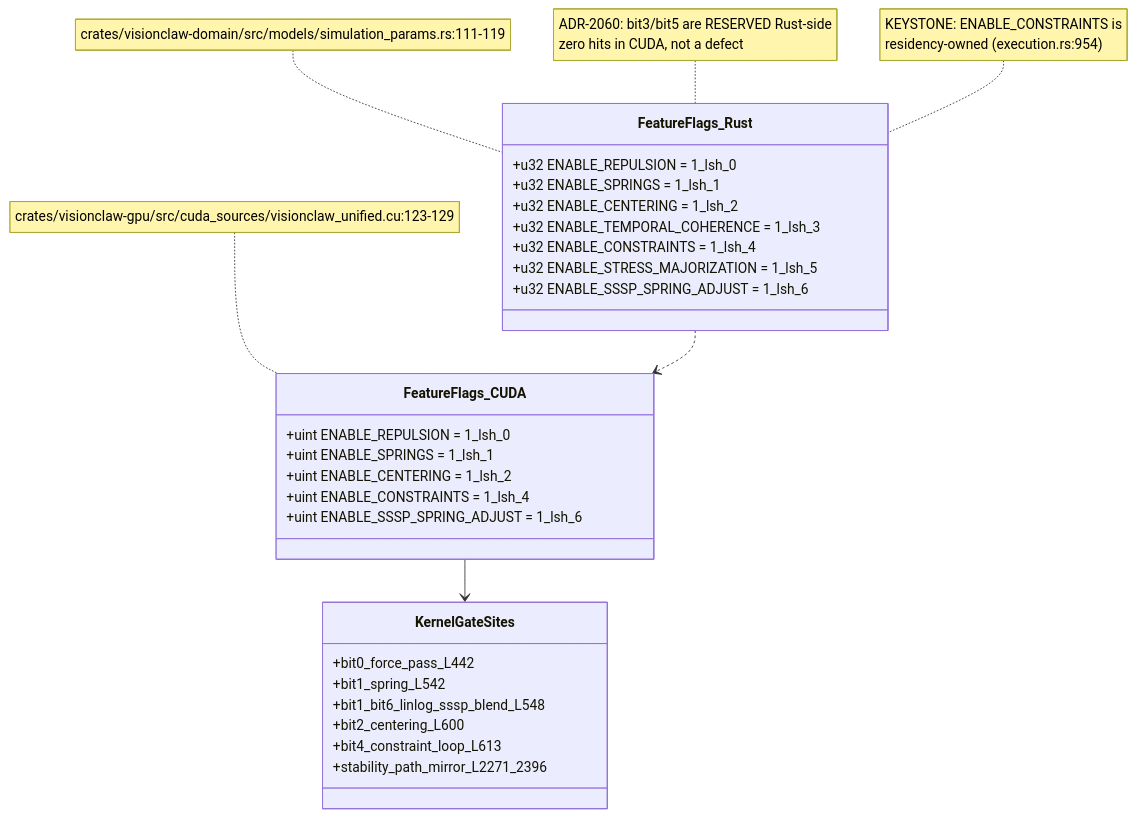
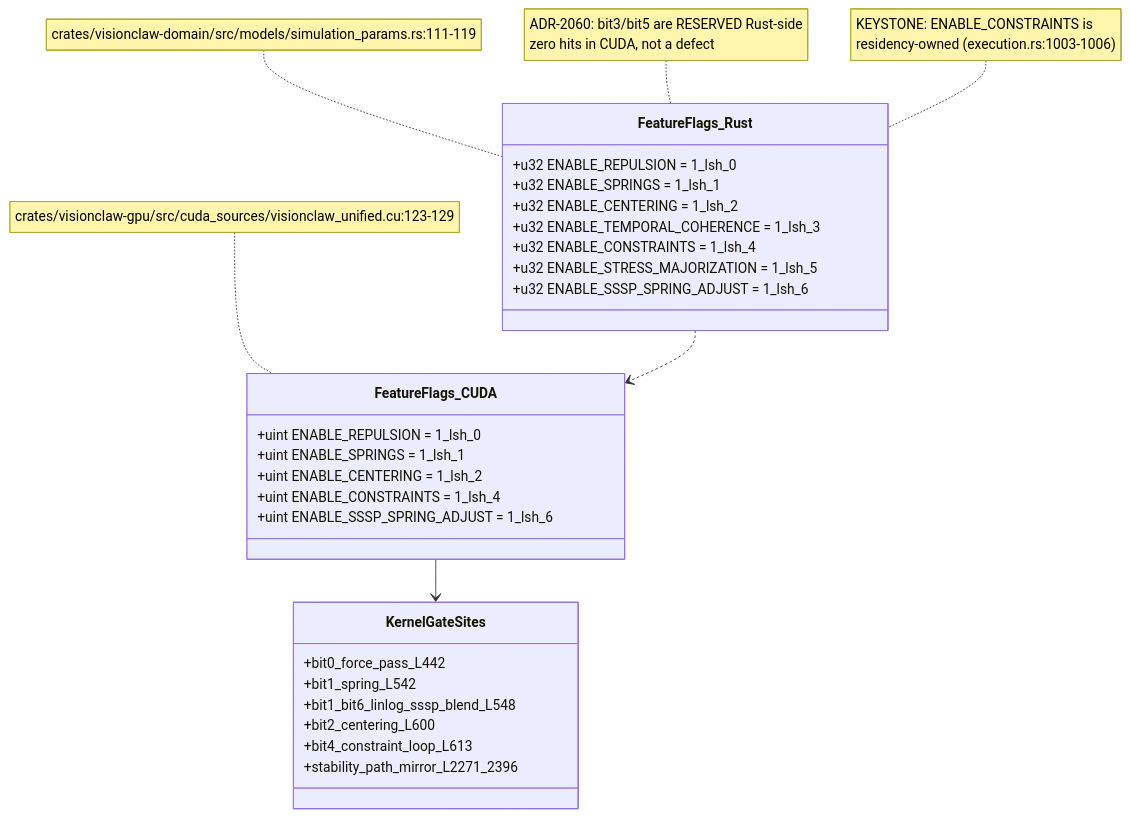
The second of 7 diagrams in docs/diagrams/visionclaw/12-simparams-abi-and-ptx.md (DreamLab-AI/VisionFlow), drawn with Mermaid before and after one commit. The commit also changed other lines of this file and 94 other files, not shown here.

First line of the commit message:
docs(diagrams): re-verify 130 topics against 2 October HEADs

````diff
--- a/docs/diagrams/visionclaw/12-simparams-abi-and-ptx.md
+++ b/docs/diagrams/visionclaw/12-simparams-abi-and-ptx.md
@@ -113,33 +113,33 @@
 ```mermaid
 classDiagram
     class FeatureFlags_Rust {
         +u32 ENABLE_REPULSION = 1_lsh_0
         +u32 ENABLE_SPRINGS = 1_lsh_1
         +u32 ENABLE_CENTERING = 1_lsh_2
         +u32 ENABLE_TEMPORAL_COHERENCE = 1_lsh_3
         +u32 ENABLE_CONSTRAINTS = 1_lsh_4
         +u32 ENABLE_STRESS_MAJORIZATION = 1_lsh_5
         +u32 ENABLE_SSSP_SPRING_ADJUST = 1_lsh_6
     }
     class FeatureFlags_CUDA {
         +uint ENABLE_REPULSION = 1_lsh_0
         +uint ENABLE_SPRINGS = 1_lsh_1
         +uint ENABLE_CENTERING = 1_lsh_2
         +uint ENABLE_CONSTRAINTS = 1_lsh_4
         +uint ENABLE_SSSP_SPRING_ADJUST = 1_lsh_6
     }
     class KernelGateSites {
         +bit0_force_pass_L442
         +bit1_spring_L542
         +bit1_bit6_linlog_sssp_blend_L548
         +bit2_centering_L600
         +bit4_constraint_loop_L613
         +stability_path_mirror_L2271_2396
     }
     FeatureFlags_Rust ..> FeatureFlags_CUDA
     FeatureFlags_CUDA --> KernelGateSites
     note for FeatureFlags_Rust "crates/visionclaw-domain/src/models/simulation_params.rs:111-119"
     note for FeatureFlags_CUDA "crates/visionclaw-gpu/src/cuda_sources/visionclaw_unified.cu:123-129"
     note for FeatureFlags_Rust "ADR-2060: bit3/bit5 are RESERVED Rust-side<br/>zero hits in CUDA, not a defect"
-    note for FeatureFlags_Rust "KEYSTONE: ENABLE_CONSTRAINTS is<br/>residency-owned (execution.rs:954)"
+    note for FeatureFlags_Rust "KEYSTONE: ENABLE_CONSTRAINTS is<br/>residency-owned (execution.rs:1003-1006)"
 ```
````
